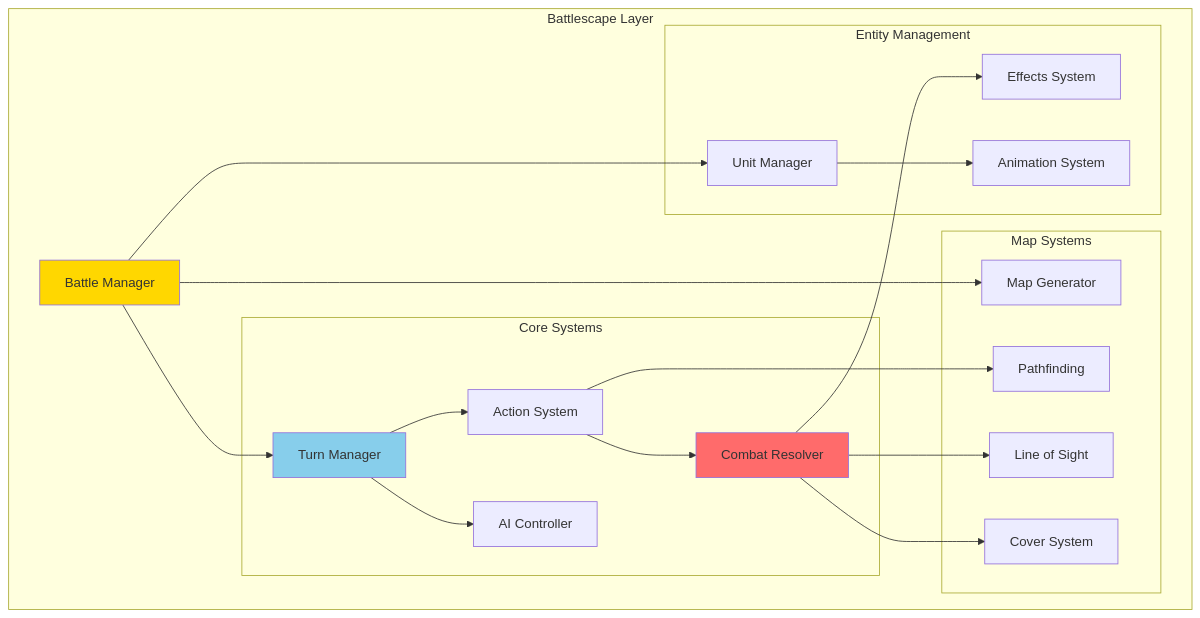
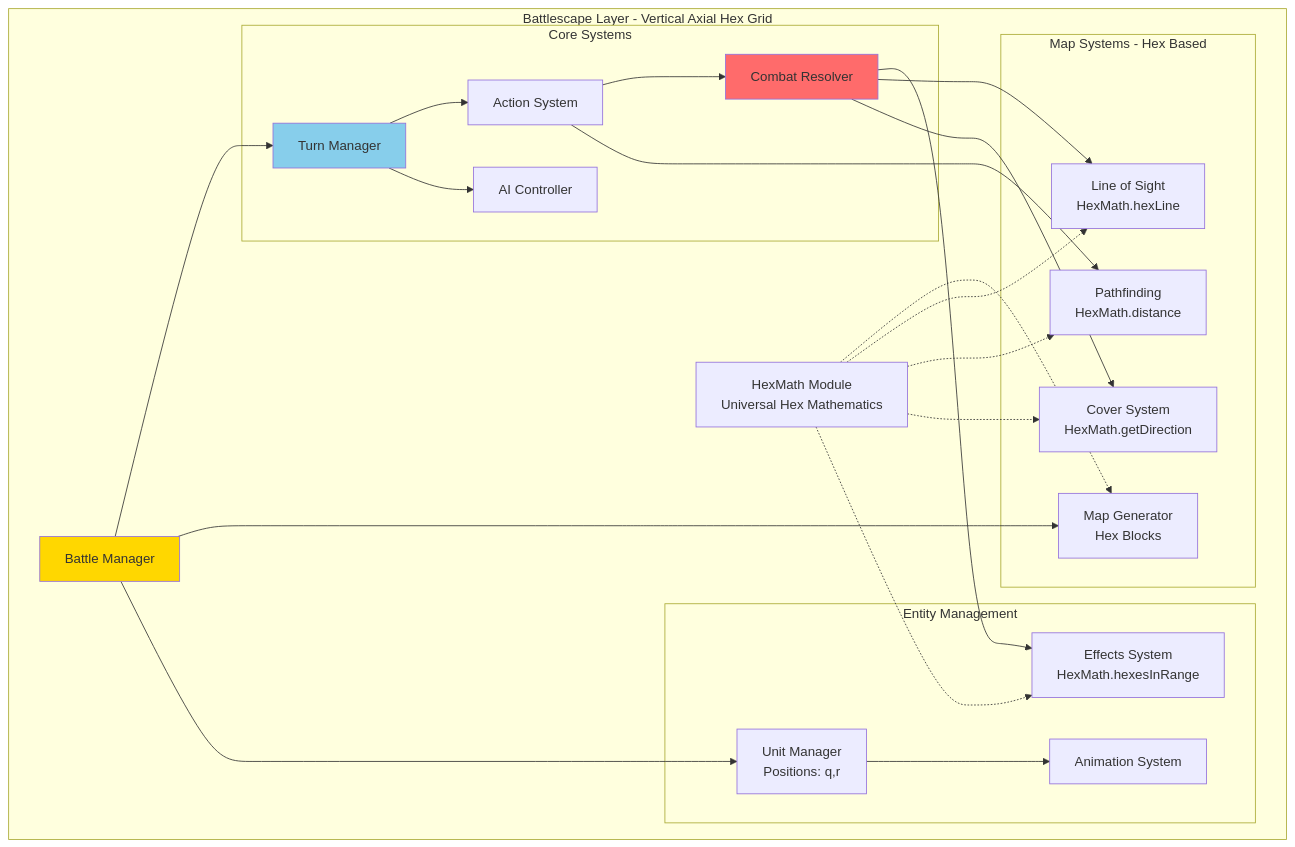
One commit to Bladum/AlienFall changed the first of 9 diagrams in architecture/layers/BATTLESCAPE.md. Above: the diagram before and after it, drawn with Mermaid. The commit also changed other lines of this file and 30 other files, not shown here.

First line of the commit message:
feat(migration): Add detailed checklist and helper scripts for vertical axial migration

````diff
--- a/architecture/layers/BATTLESCAPE.md
+++ b/architecture/layers/BATTLESCAPE.md
@@ -17,46 +29,52 @@
 ```mermaid
 graph TB
-    subgraph "Battlescape Layer"
+    subgraph "Battlescape Layer - Vertical Axial Hex Grid"
         Battle[Battle Manager]
+        HexMath[HexMath Module<br/>Universal Hex Mathematics]
         
         subgraph "Core Systems"
             Turn[Turn Manager]
             Action[Action System]
             Combat[Combat Resolver]
             AI[AI Controller]
         end
         
-        subgraph "Map Systems"
-            MapGen[Map Generator]
-            LOS[Line of Sight]
-            Path[Pathfinding]
-            Cover[Cover System]
+        subgraph "Map Systems - Hex Based"
+            MapGen[Map Generator<br/>Hex Blocks]
+            LOS[Line of Sight<br/>HexMath.hexLine]
+            Path[Pathfinding<br/>HexMath.distance]
+            Cover[Cover System<br/>HexMath.getDirection]
         end
         
         subgraph "Entity Management"
-            Units[Unit Manager]
-            Effects[Effects System]
+            Units[Unit Manager<br/>Positions: q,r]
+            Effects[Effects System<br/>HexMath.hexesInRange]
             Animations[Animation System]
         end
     end
     
     Battle --> Turn
     Battle --> MapGen
     Battle --> Units
+    HexMath -.-> MapGen
+    HexMath -.-> LOS
+    HexMath -.-> Path
+    HexMath -.-> Cover
+    HexMath -.-> Effects
     
     Turn --> Action
     Turn --> AI
     
     Action --> Combat
     Action --> Path
     
     Combat --> Effects
     Combat --> LOS
     Combat --> Cover
     
     Units --> Animations
     
     style Battle fill:#FFD700
     style Turn fill:#87CEEB
     style Combat fill:#FF6B6B
 ```
````
